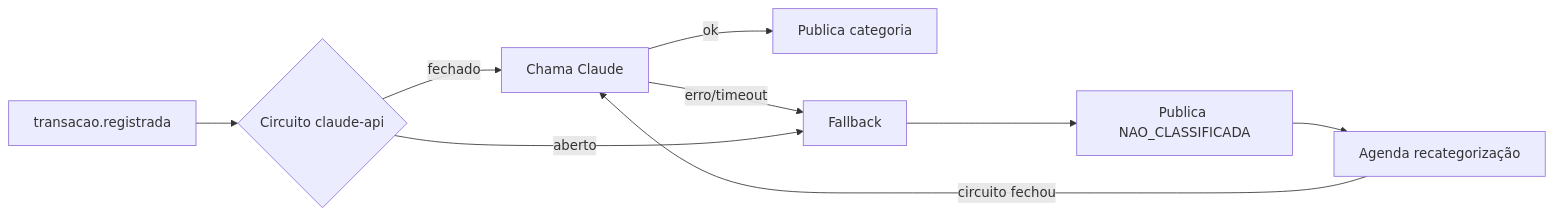
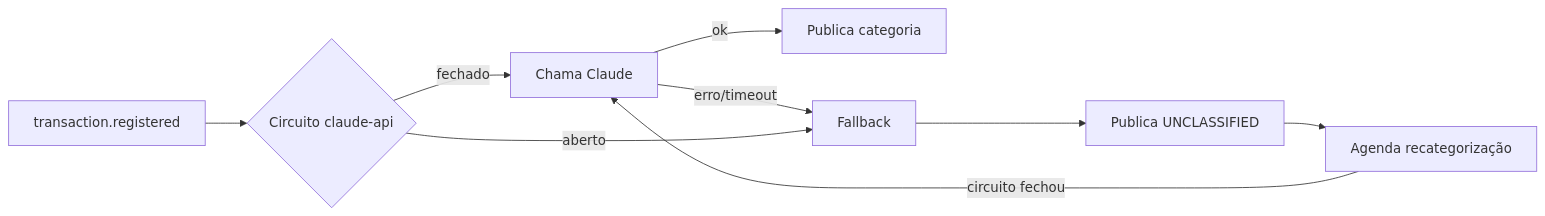
Before and after one commit to DiiOliiver/finance-api: the fourth of 9 diagrams in docs/fluxos.md, drawn with Mermaid. The commit also changed other lines of this file and 13 other files, not shown here.

````diff
--- a/docs/fluxos.md
+++ b/docs/fluxos.md
@@ -109,11 +109,11 @@
 ```mermaid
 flowchart LR
-    A[transacao.registrada] --> B{Circuito claude-api}
+    A[transaction.registered] --> B{Circuito claude-api}
     B -- fechado --> C[Chama Claude]
     C -- ok --> D[Publica categoria]
     C -- erro/timeout --> E[Fallback]
     B -- aberto --> E
-    E --> F[Publica NAO_CLASSIFICADA]
+    E --> F[Publica UNCLASSIFIED]
     F --> G[Agenda recategorização]
     G -- circuito fechou --> C
 ```
````
